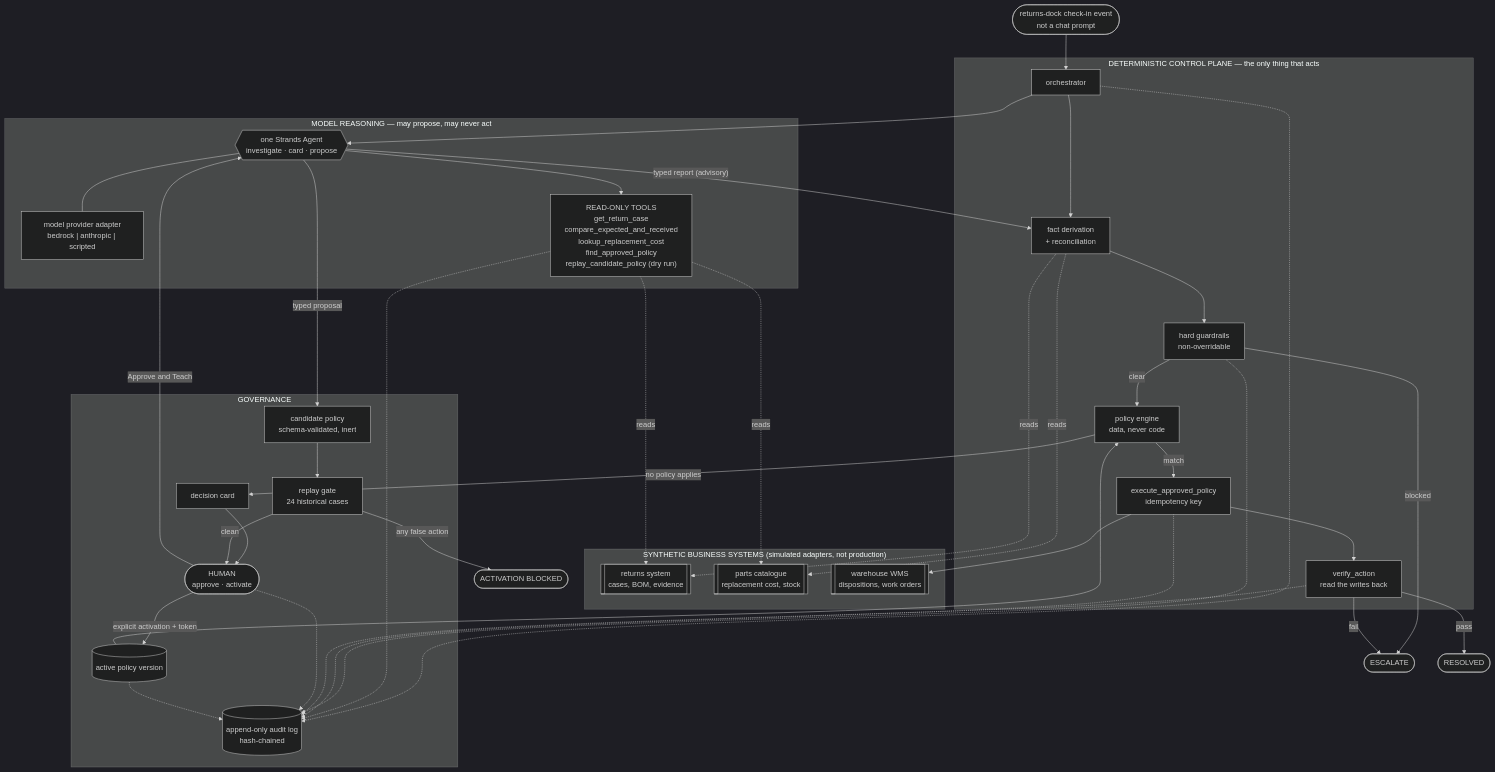
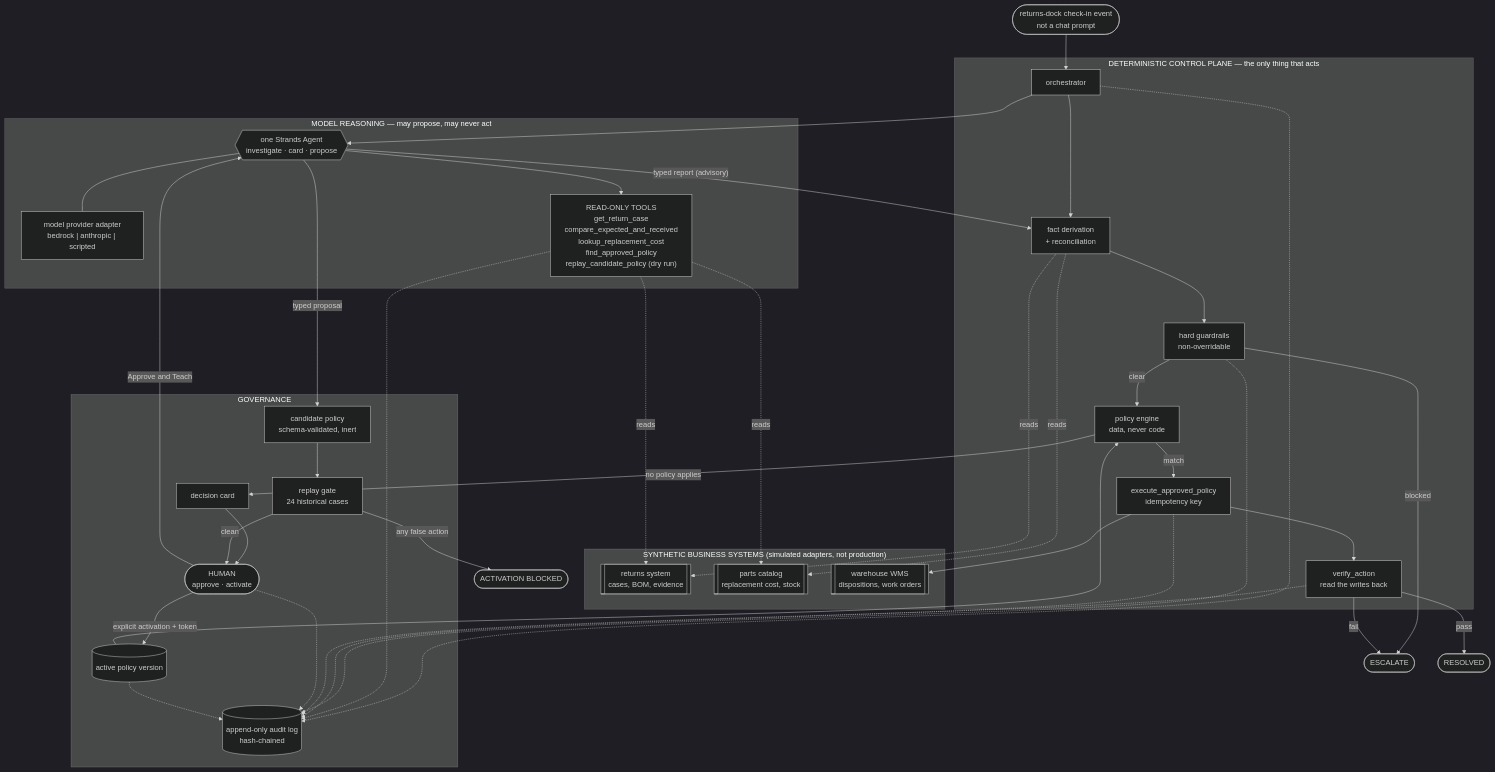
One commit to mgraves-centrix/onedecision changed the diagram in docs/architecture.mmd. Above: the diagram before and after it, drawn with Mermaid (dark theme). The commit also changed 26 other files, not shown here.

```diff
--- a/docs/architecture.mmd
+++ b/docs/architecture.mmd
@@ -1,72 +1,72 @@
 %% OneDecision — architecture
 %% Render: mmdc -i docs/architecture.mmd -o docs/architecture.png -t dark -b '#10131a'
 %% A hand-authored SVG of the same diagram is checked in at docs/architecture.svg
 
 flowchart TB
     subgraph SYN["SYNTHETIC BUSINESS SYSTEMS (simulated adapters, not production)"]
         RS[["returns system<br/>cases, BOM, evidence"]]
-        PC[["parts catalogue<br/>replacement cost, stock"]]
+        PC[["parts catalog<br/>replacement cost, stock"]]
         WMS[["warehouse WMS<br/>dispositions, work orders"]]
     end
 
     EV(["returns-dock check-in event<br/>not a chat prompt"]) --> ORCH
 
     subgraph REASON["MODEL REASONING — may propose, may never act"]
         AGENT{{"one Strands Agent<br/>investigate · card · propose"}}
         MP["model provider adapter<br/>bedrock | anthropic | scripted"]
         TOOLS["READ-ONLY TOOLS<br/>get_return_case<br/>compare_expected_and_received<br/>lookup_replacement_cost<br/>find_approved_policy<br/>replay_candidate_policy (dry run)"]
         AGENT --- MP
         AGENT --> TOOLS
     end
 
     subgraph DET["DETERMINISTIC CONTROL PLANE — the only thing that acts"]
         ORCH["orchestrator"]
         FACTS["fact derivation<br/>+ reconciliation"]
         GUARD["hard guardrails<br/>non-overridable"]
         ENGINE["policy engine<br/>data, never code"]
         EXEC["execute_approved_policy<br/>idempotency key"]
         VERIFY["verify_action<br/>read the writes back"]
     end
 
     subgraph GOV["GOVERNANCE"]
         CARD["decision card"]
         HUMAN(["HUMAN<br/>approve · activate"])
         CAND["candidate policy<br/>schema-validated, inert"]
         REPLAY["replay gate<br/>24 historical cases"]
         ACTIVE[("active policy version")]
         AUDIT[("append-only audit log<br/>hash-chained")]
     end
 
     ORCH --> AGENT
     TOOLS -.reads.-> RS
     TOOLS -.reads.-> PC
     ORCH --> FACTS
     FACTS -.reads.-> RS
     FACTS -.reads.-> PC
     AGENT -- "typed report (advisory)" --> FACTS
     FACTS --> GUARD
     GUARD -- "blocked" --> ESC(["ESCALATE"])
     GUARD -- "clear" --> ENGINE
     ACTIVE --> ENGINE
     ENGINE -- "no policy applies" --> CARD
     ENGINE -- "match" --> EXEC
     EXEC --> WMS
     EXEC --> VERIFY
     VERIFY -- "fail" --> ESC
     VERIFY -- "pass" --> DONE(["RESOLVED"])
 
     CARD --> HUMAN
     HUMAN -- "Approve and Teach" --> AGENT
     AGENT -- "typed proposal" --> CAND
     CAND --> REPLAY
     REPLAY -- "any false action" --> BLOCK(["ACTIVATION BLOCKED"])
     REPLAY -- "clean" --> HUMAN
     HUMAN -- "explicit activation + token" --> ACTIVE
 
     ORCH -.-> AUDIT
     TOOLS -.-> AUDIT
     GUARD -.-> AUDIT
     EXEC -.-> AUDIT
     VERIFY -.-> AUDIT
     HUMAN -.-> AUDIT
     ACTIVE -.-> AUDIT
```
